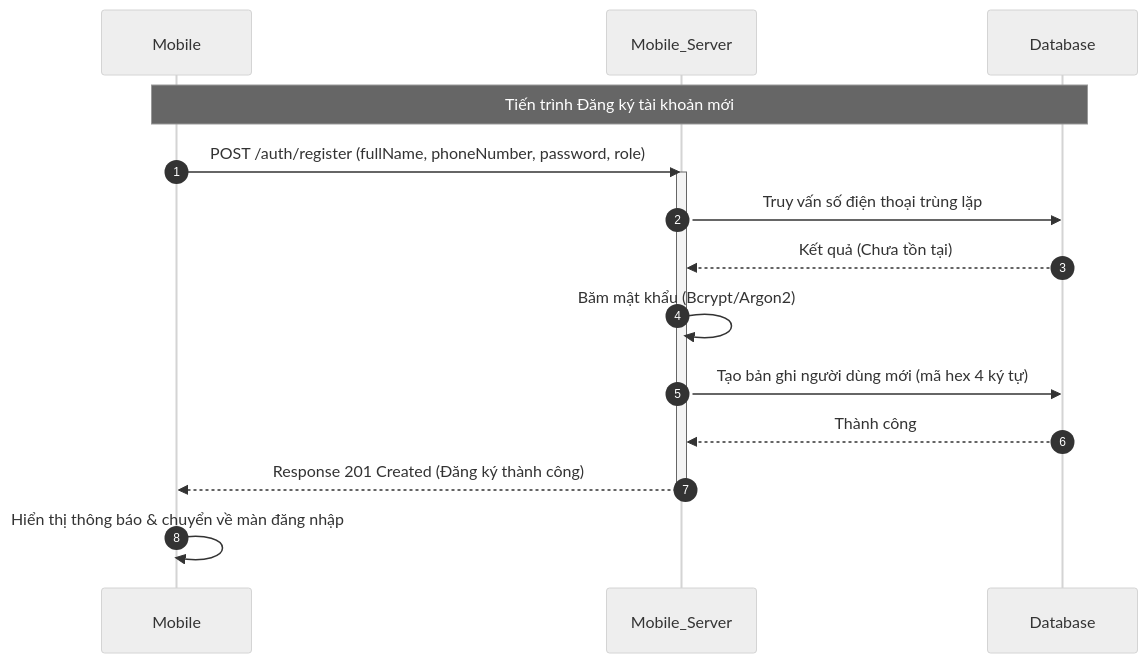
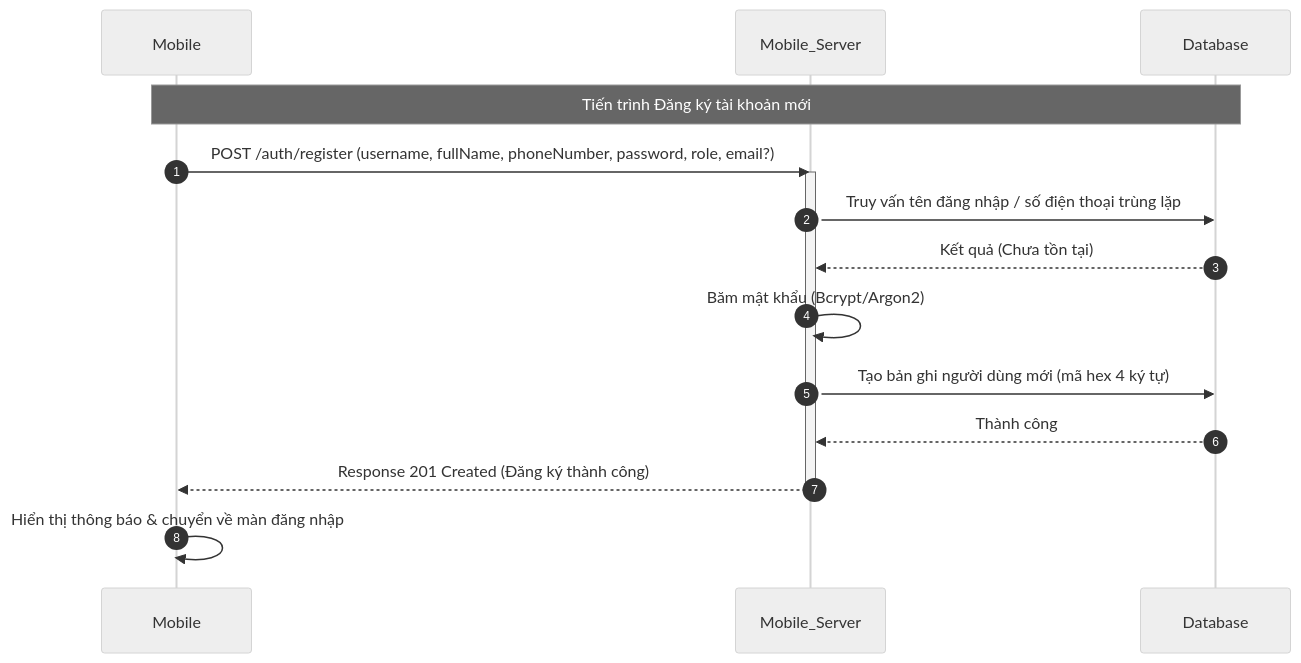
One commit to trungnguyenthien/Wildlife-Warning-and-Deterrence-System changed the second of 18 diagrams in docs/sequence-diagram.md. Above: the diagram before and after it, drawn with Mermaid (neutral theme). The commit also changed other lines of this file and 2 other files, not shown here.

Commit message:
docs: update sequence diagram and API documentation to reflect current Android app specifications

````diff
--- a/docs/sequence-diagram.md
+++ b/docs/sequence-diagram.md
@@ -57,19 +57,19 @@
 ```mermaid
 sequenceDiagram
     autonumber
     participant Mobile as Mobile
     participant Mobile_Server as Mobile_Server
     participant Database as Database
 
     Note over Mobile, Database: Tiến trình Đăng ký tài khoản mới
-    Mobile->>Mobile_Server: POST /auth/register (fullName, phoneNumber, password, role)
+    Mobile->>Mobile_Server: POST /auth/register (username, fullName, phoneNumber, password, role, email?)
     activate Mobile_Server
-    Mobile_Server->>Database: Truy vấn số điện thoại trùng lặp
+    Mobile_Server->>Database: Truy vấn tên đăng nhập / số điện thoại trùng lặp
     Database-->>Mobile_Server: Kết quả (Chưa tồn tại)
     Mobile_Server->>Mobile_Server: Băm mật khẩu (Bcrypt/Argon2)
     Mobile_Server->>Database: Tạo bản ghi người dùng mới (mã hex 4 ký tự)
     Database-->>Mobile_Server: Thành công
     Mobile_Server-->>Mobile: Response 201 Created (Đăng ký thành công)
     deactivate Mobile_Server
     Mobile->>Mobile: Hiển thị thông báo & chuyển về màn đăng nhập
 ```
````
